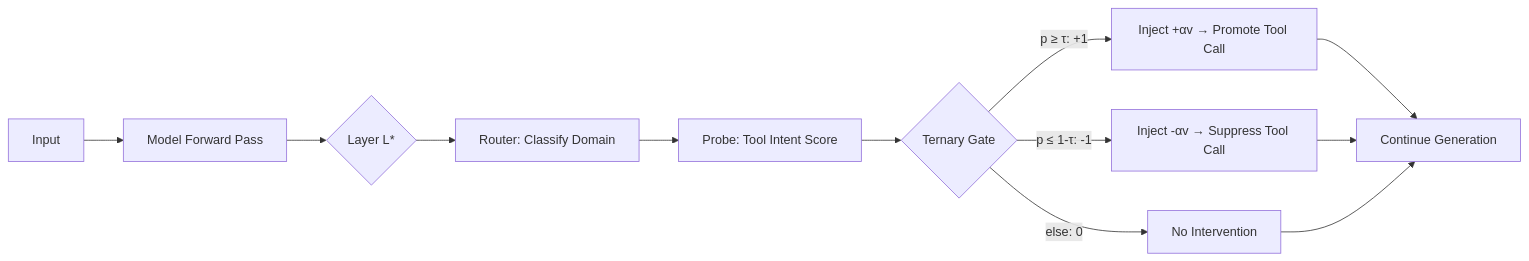
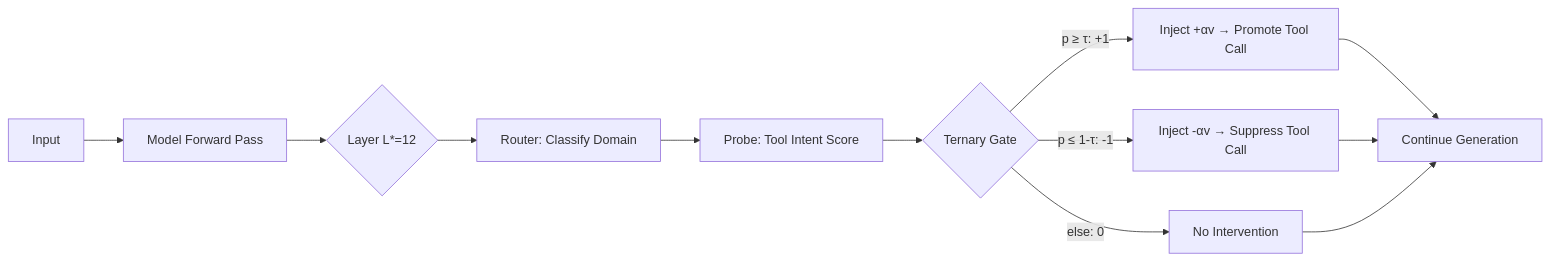
The diagram in README.md (gyunggyung/Liquid-ASA), drawn with Mermaid before and after one commit. The commit also changed other lines of this file and 13 other files, not shown here.

````diff
--- a/README.md
+++ b/README.md
@@ -19,14 +87,14 @@
 ```mermaid
 graph LR
     A[Input] --> B[Model Forward Pass]
-    B --> C{Layer L*}
+    B --> C{Layer L*=12}
     C --> D[Router: Classify Domain]
     D --> E[Probe: Tool Intent Score]
     E --> F{Ternary Gate}
     F -->|p ≥ τ: +1| G[Inject +αv → Promote Tool Call]
     F -->|p ≤ 1-τ: -1| H[Inject -αv → Suppress Tool Call]
     F -->|else: 0| I[No Intervention]
     G --> J[Continue Generation]
     H --> J
     I --> J
 ```
````
